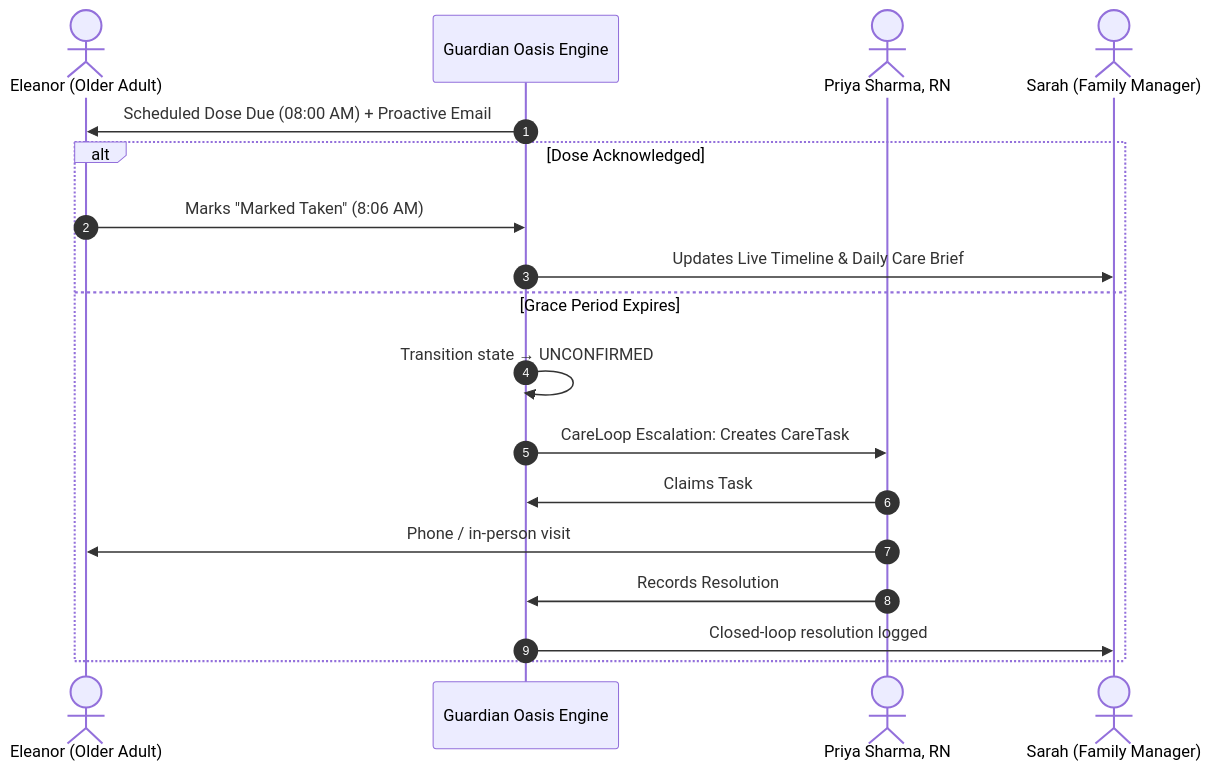
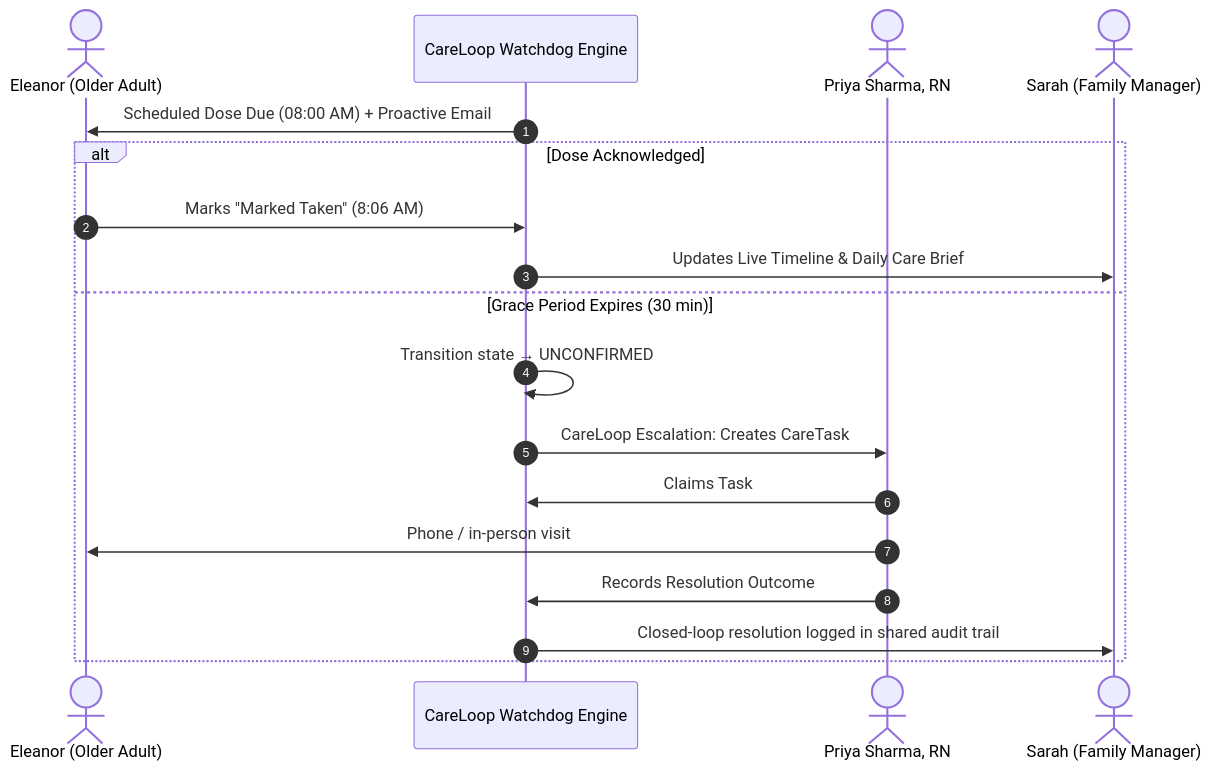
One commit to bhavesh-patil2007/catalyst-hackathon changed the diagram in README.md. Above: the diagram before and after it, drawn with Mermaid. The commit also changed other lines of this file and 14 other files, not shown here.

````diff
--- a/README.md
+++ b/README.md
@@ -136,21 +128,21 @@
 ```mermaid
 sequenceDiagram
     autonumber
     actor Elder as Eleanor (Older Adult)
-    participant Engine as Guardian Oasis Engine
+    participant Engine as CareLoop Watchdog Engine
     actor Caregiver as Priya Sharma, RN
     actor Family as Sarah (Family Manager)
 
     Engine->>Elder: Scheduled Dose Due (08:00 AM) + Proactive Email
     alt Dose Acknowledged
         Elder->>Engine: Marks "Marked Taken" (8:06 AM)
         Engine->>Family: Updates Live Timeline & Daily Care Brief
-    else Grace Period Expires
+    else Grace Period Expires (30 min)
         Engine->>Engine: Transition state → UNCONFIRMED
         Engine->>Caregiver: CareLoop Escalation: Creates CareTask #C-101
         Caregiver->>Engine: Claims Task
         Caregiver->>Elder: Phone / in-person visit
-        Caregiver->>Engine: Records Resolution
-        Engine->>Family: Closed-loop resolution logged
+        Caregiver->>Engine: Records Resolution Outcome
+        Engine->>Family: Closed-loop resolution logged in shared audit trail
     end
 ```
````
